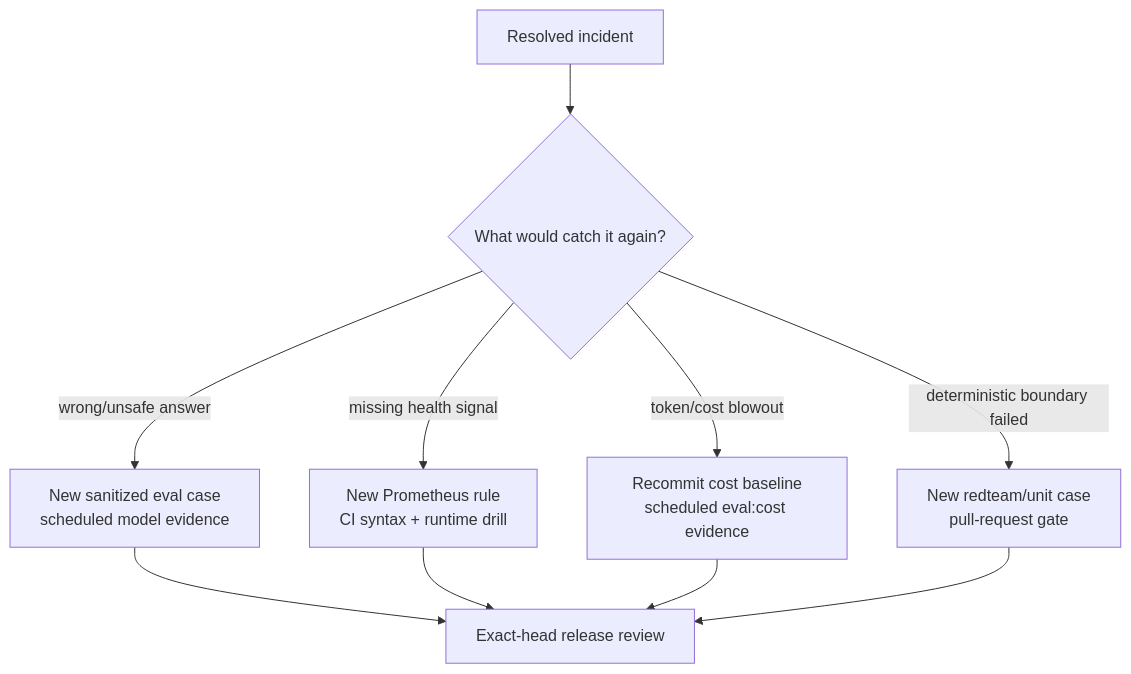
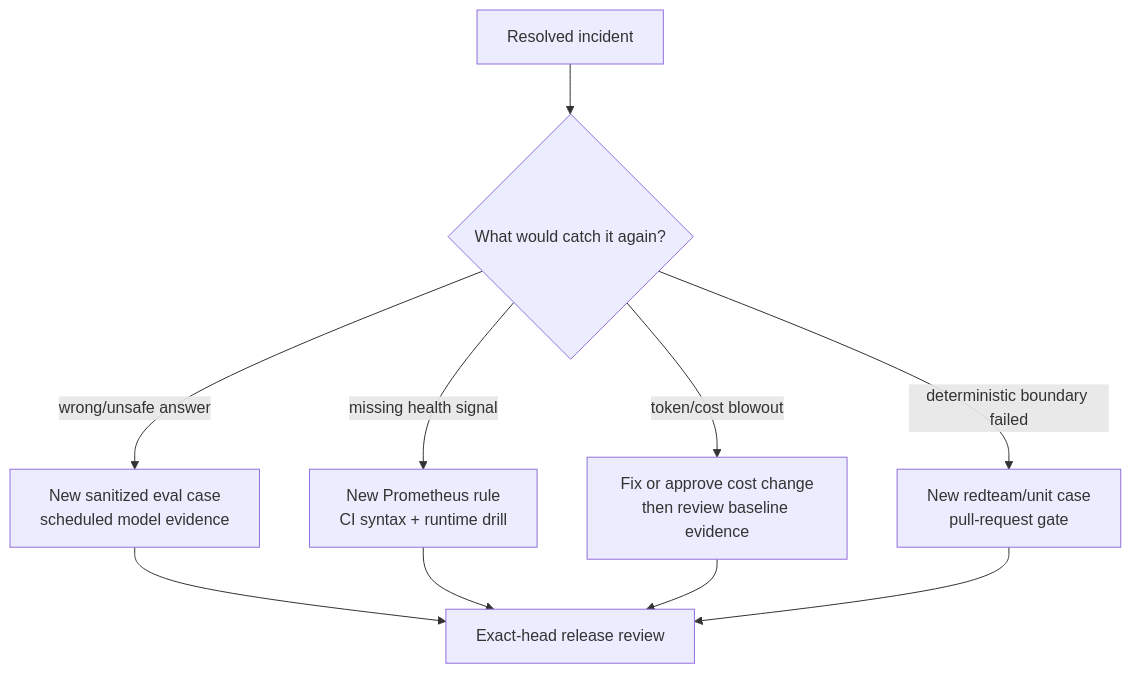
One commit to LuiGGi629/agentops-open-course changed the second of 2 diagrams in docs/7. Observability/7.7. Incident Response.md. Above: the diagram before and after it, drawn with Mermaid. The commit also changed other lines of this file and 58 other files, not shown here.

````diff
--- a/docs/7. Observability/7.7. Incident Response.md
+++ b/docs/7. Observability/7.7. Incident Response.md
@@ -182,12 +183,12 @@
 ```mermaid
 flowchart TD
     Incident["Resolved incident"] --> Which{"What would catch it again?"}
     Which -->|"wrong/unsafe answer"| Case["New sanitized eval case<br/>scheduled model evidence"]
     Which -->|"missing health signal"| Alert["New Prometheus rule<br/>CI syntax + runtime drill"]
-    Which -->|"token/cost blowout"| Baseline["Recommit cost baseline<br/>scheduled eval:cost evidence"]
+    Which -->|"token/cost blowout"| Cost["Fix or approve cost change<br/>then review baseline evidence"]
     Which -->|"deterministic boundary failed"| Test["New redteam/unit case<br/>pull-request gate"]
     Case --> Review["Exact-head release review"]
     Alert --> Review
-    Baseline --> Review
+    Cost --> Review
     Test --> Review
 ```
````
